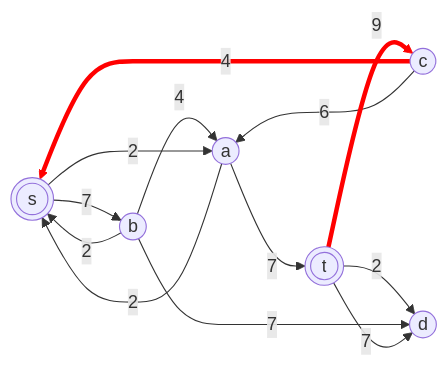
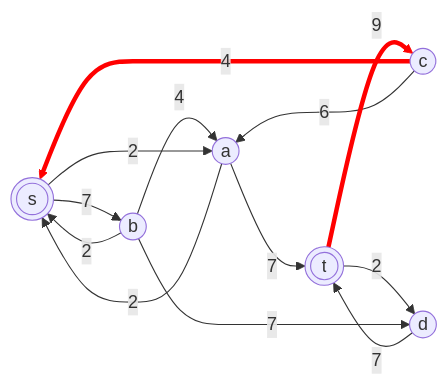
Before and after one commit to hse-algo-psapr-25/manual-tasks: the seventh of 18 diagrams in Задание 17/Skibidi.md, drawn with Mermaid. The commit also changed other lines of this file, not shown here.

````diff
--- a/Задание 17/Skibidi.md
+++ b/Задание 17/Skibidi.md
@@ -156,27 +156,27 @@
 ```mermaid
 graph LR
     s(((s)))
     a((a))
     b((b))
     c((c))
     d((d))
     t(((t)))
 
     a -->|2| s
     b -->|2| s
     c -->|4| s
     c -->|6| a
     b -->|4| a
     t -->|9| c
     t -->|2| d
     
     s -->|2| a
     a -->|7| t
     s -->|7| b
     b -->|7| d
-    t -->|7| d
+    d -->|7| t
     
     linkStyle 5 stroke:red,stroke-width:4px
     linkStyle 2 stroke:red,stroke-width:4px
     
 ```
````
